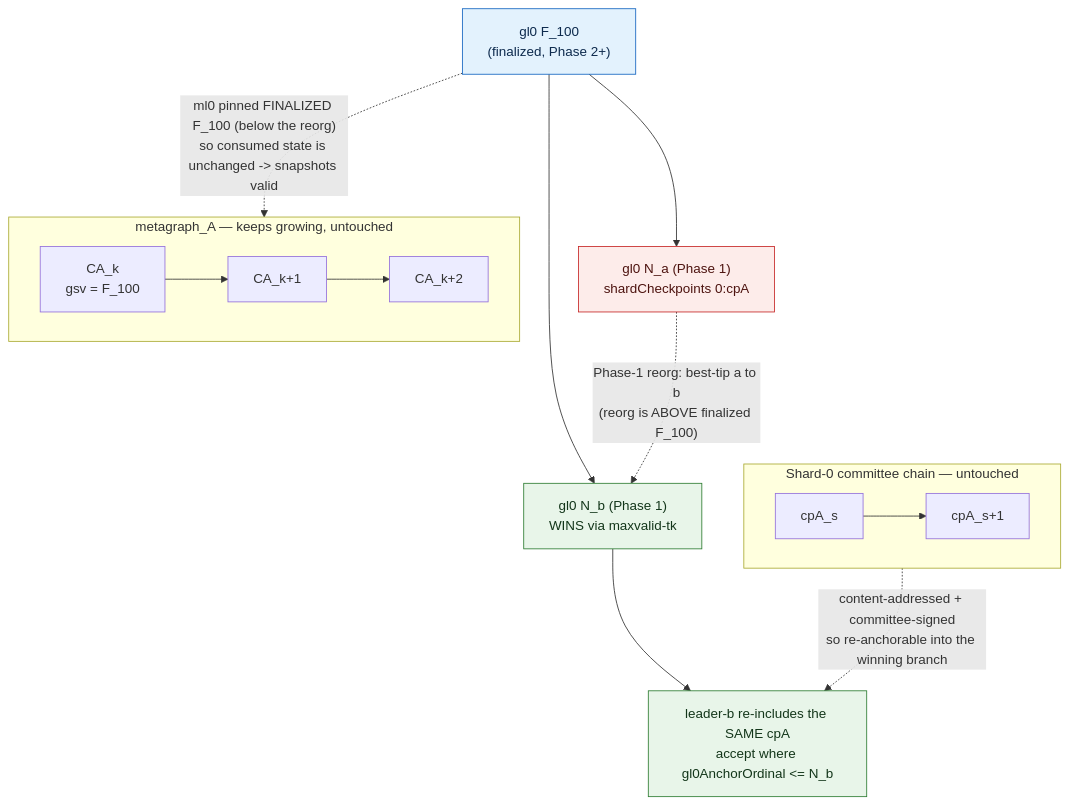
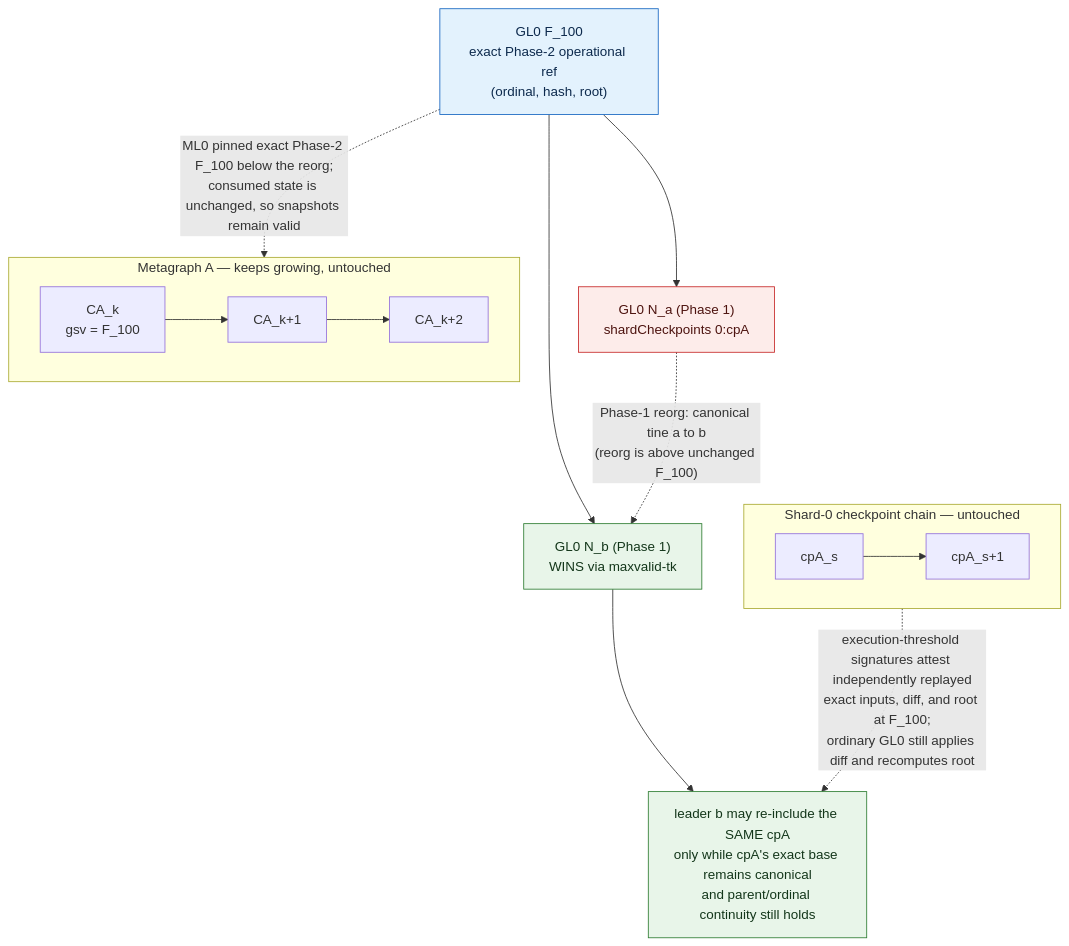
One commit to ottobot-ai/tessellation changed the diagram in docs/nakamoto/diagrams/shard-flow-reorg.mmd. Above: the diagram before and after it, drawn with Mermaid. The commit also changed 277 other files, not shown here.

```diff
--- a/docs/nakamoto/diagrams/shard-flow-reorg.mmd
+++ b/docs/nakamoto/diagrams/shard-flow-reorg.mmd
@@ -1,25 +1,26 @@
+%% TARGET DESIGN: a Phase-1 branch reorg above an unchanged exact Phase-2 base.
 flowchart TD
-    F100["gl0 F_100<br/>(finalized, Phase 2+)"]
-    F100 --> Na["gl0 N_a (Phase 1)<br/>shardCheckpoints 0:cpA"]
-    F100 --> Nb["gl0 N_b (Phase 1)<br/>WINS via maxvalid-tk"]
-    Na -. "Phase-1 reorg: best-tip a to b<br/>(reorg is ABOVE finalized F_100)" .-> Nb
-    Nb --> Re["leader-b re-includes the SAME cpA<br/>accept where gl0AnchorOrdinal <= N_b"]
+    F100["GL0 F_100<br/>exact Phase-2 operational ref<br/>(ordinal, hash, root)"]
+    F100 --> Na["GL0 N_a (Phase 1)<br/>shardCheckpoints 0:cpA"]
+    F100 --> Nb["GL0 N_b (Phase 1)<br/>WINS via maxvalid-tk"]
+    Na -. "Phase-1 reorg: canonical tine a to b<br/>(reorg is above unchanged F_100)" .-> Nb
+    Nb --> Re["leader b may re-include the SAME cpA<br/>only while cpA's exact base remains canonical<br/>and parent/ordinal continuity still holds"]
 
-    subgraph MG["metagraph_A — keeps growing, untouched"]
+    subgraph MG["Metagraph A — keeps growing, untouched"]
         direction LR
         CAk["CA_k<br/>gsv = F_100"] --> CAk1["CA_k+1"] --> CAk2["CA_k+2"]
     end
-    subgraph SH["Shard-0 committee chain — untouched"]
+    subgraph SH["Shard-0 checkpoint chain — untouched"]
         direction LR
         cpAs["cpA_s"] --> cpAs1["cpA_s+1"]
     end
 
-    F100 -. "ml0 pinned FINALIZED F_100 (below the reorg)<br/>so consumed state is unchanged -> snapshots valid" .-> CAk
-    cpAs1 -. "content-addressed + committee-signed<br/>so re-anchorable into the winning branch" .-> Re
+    F100 -. "ML0 pinned exact Phase-2 F_100 below the reorg;<br/>consumed state is unchanged, so snapshots remain valid" .-> CAk
+    cpAs1 -. "execution-threshold signatures attest independently replayed<br/>exact inputs, diff, and root at F_100;<br/>ordinary GL0 still applies diff and recomputes root" .-> Re
 
     classDef win fill:#e8f5e9,stroke:#2e7d32,color:#13361a;
     classDef lose fill:#fdecea,stroke:#c62828,color:#4d130f;
     classDef final fill:#e3f2fd,stroke:#1565c0,color:#0d2a4d;
     class F100 final;
     class Nb,Re win;
     class Na lose;
```
